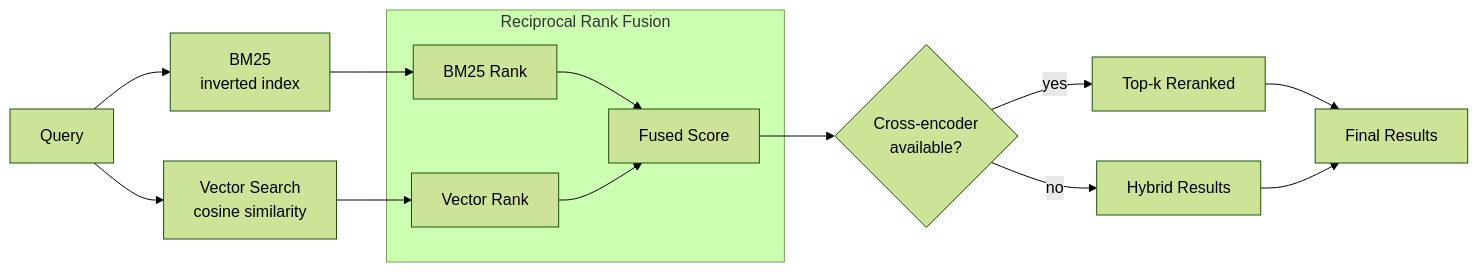
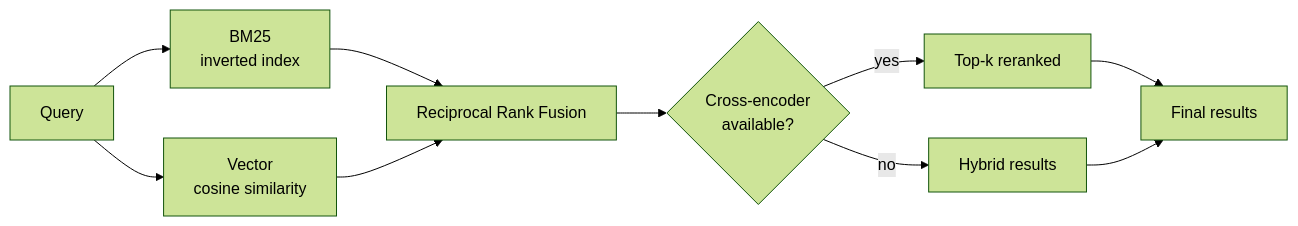
One commit to ohmpatel3877/CortexStratum changed the third of 3 diagrams in README.md. Above: the diagram before and after it, drawn with Mermaid (forest theme). The commit also changed other lines of this file, not shown here.

First line of the commit message:
docs: rewrite README with 3-layer architecture, benchmarks, clear identity

````diff
--- a/README.md
+++ b/README.md
@@ -140,19 +96,12 @@
 ```mermaid
 flowchart LR
     Q[Query] --> BM25[BM25<br/>inverted index]
-    Q --> VS[Vector Search<br/>cosine similarity]
-    BM25 --> RRFS1
-    VS --> RRFS2
-    subgraph RRF["Reciprocal Rank Fusion"]
-        RRFS1[BM25 Rank]
-        RRFS2[Vector Rank]
-        FUSE[Fused Score]
-    end
-    RRFS1 --> FUSE
-    RRFS2 --> FUSE
-    FUSE --> CE{Cross-encoder<br/>available?}
-    CE -->|yes| RERANK[Top-k Reranked]
-    CE -->|no| HYBRID[Hybrid Results]
-    RERANK --> OUT[Final Results]
+    Q --> VEC[Vector<br/>cosine similarity]
+    BM25 --> RRF
+    VEC --> RRF
+    RRF[Reciprocal Rank Fusion] --> CE{Cross-encoder<br/>available?}
+    CE -->|yes| RERANK[Top-k reranked]
+    CE -->|no| HYBRID[Hybrid results]
+    RERANK --> OUT[Final results]
     HYBRID --> OUT
 ```
````
